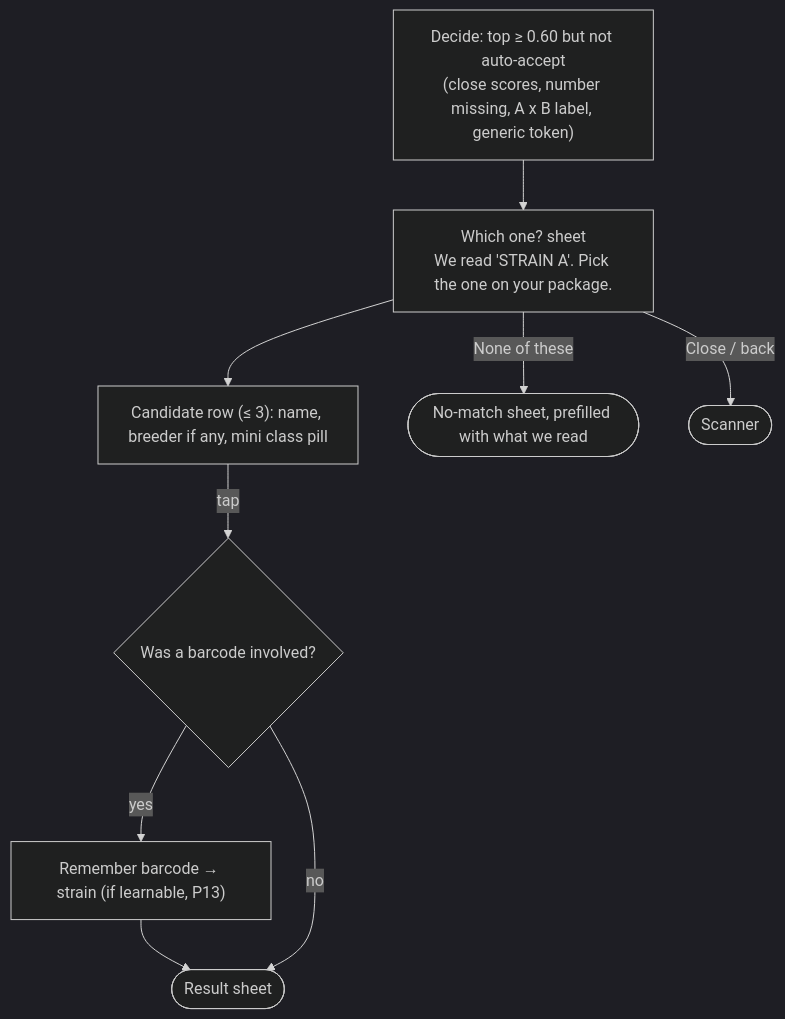
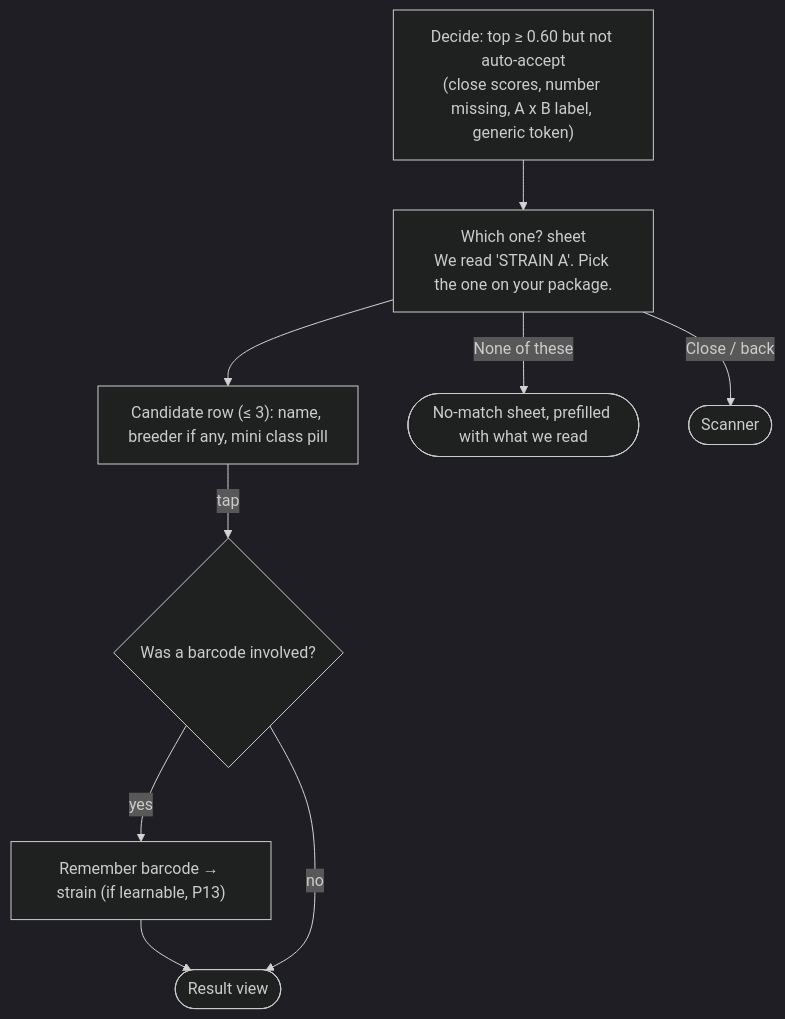
One commit to AhtomicStudio/flowerscan changed the fourth of 9 diagrams in docs/design/flows.md. Above: the diagram before and after it, drawn with Mermaid (dark theme). The commit also changed other lines of this file and 54 other files, not shown here.

````diff
--- a/docs/design/flows.md
+++ b/docs/design/flows.md
@@ -132,10 +145,10 @@
 ```mermaid
 flowchart TD
   M["Decide: top ≥ 0.60 but not auto-accept<br/>(close scores, number missing, A x B label, generic token)"] --> W["Which one? sheet<br/>We read 'STRAIN A'. Pick the one on your package."]
   W --> C1["Candidate row (≤ 3): name, breeder if any, mini class pill"]
   C1 -- tap --> CONF{Was a barcode involved?}
-  CONF -- yes --> MEM["Remember barcode → strain (if learnable, P13)"] --> RES([Result sheet])
+  CONF -- yes --> MEM["Remember barcode → strain (if learnable, P13)"] --> RES([Result view])
   CONF -- no --> RES
   W -- "None of these" --> NM([No-match sheet, prefilled with what we read])
   W -- "Close / back" --> LIVE([Scanner])
 ```
````
